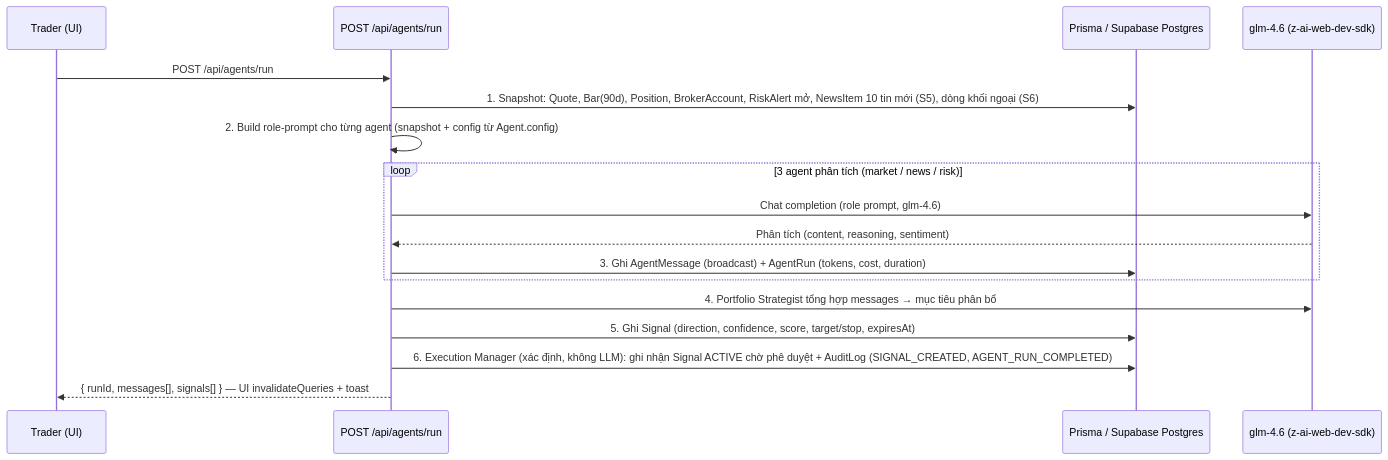
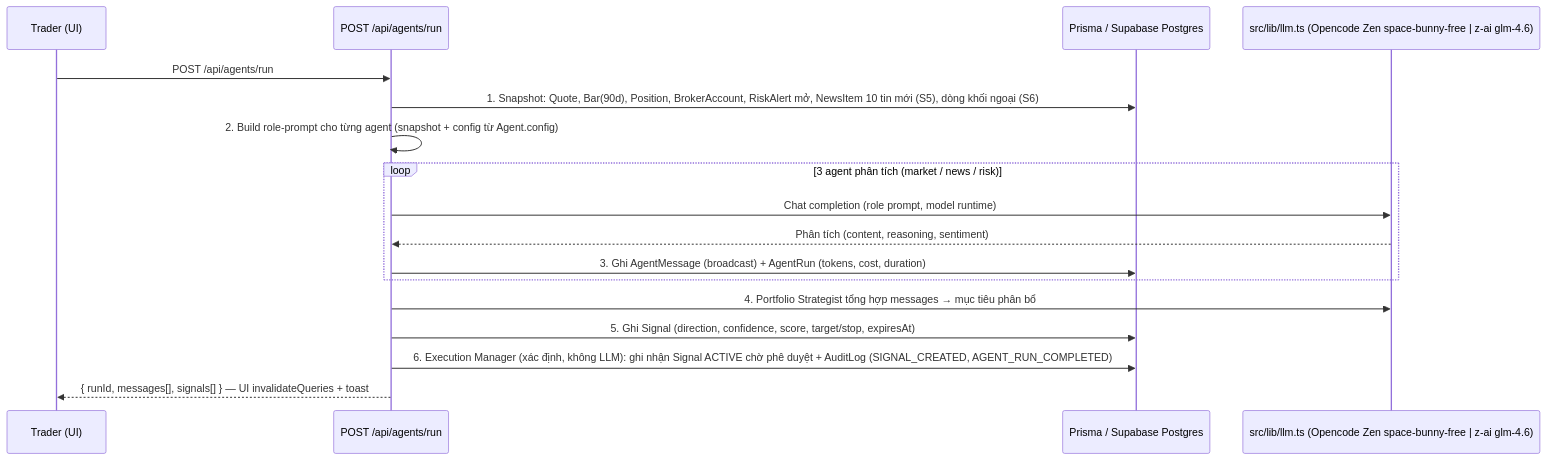
The second of 2 diagrams in docs/TECHNICAL_BLUEPRINT.md (nguyenquocviety2c-code/THE-TRADER), drawn with Mermaid before and after one commit. The commit also changed other lines of this file and 17 other files, not shown here.

Commit message:
feat(llm): provider abstraction — Opencode Zen space-bunny-free (chạy được ngoài sandbox) + GLM-4.6 sandbox qua env; 3 route agent dùng 1 cổng; UI model động + khối llm API; docs/README/.env.example — E2E verified

````diff
--- a/docs/TECHNICAL_BLUEPRINT.md
+++ b/docs/TECHNICAL_BLUEPRINT.md
@@ -186,20 +186,20 @@
 ```mermaid
 sequenceDiagram
     participant U as Trader (UI)
     participant API as POST /api/agents/run
     participant DB as Prisma / Supabase Postgres
-    participant LLM as glm-4.6 (z-ai-web-dev-sdk)
+    participant LLM as src/lib/llm.ts (Opencode Zen space-bunny-free | z-ai glm-4.6)
 
     U->>API: POST /api/agents/run
     API->>DB: 1. Snapshot: Quote, Bar(90d), Position, BrokerAccount, RiskAlert mở, NewsItem 10 tin mới (S5), dòng khối ngoại (S6)
     API->>API: 2. Build role-prompt cho từng agent (snapshot + config từ Agent.config)
     loop 3 agent phân tích (market / news / risk)
-        API->>LLM: Chat completion (role prompt, glm-4.6)
+        API->>LLM: Chat completion (role prompt, model runtime)
         LLM-->>API: Phân tích (content, reasoning, sentiment)
         API->>DB: 3. Ghi AgentMessage (broadcast) + AgentRun (tokens, cost, duration)
     end
     API->>LLM: 4. Portfolio Strategist tổng hợp messages → mục tiêu phân bổ
     API->>DB: 5. Ghi Signal (direction, confidence, score, target/stop, expiresAt)
     API->>DB: 6. Execution Manager (xác định, không LLM): ghi nhận Signal ACTIVE chờ phê duyệt + AuditLog (SIGNAL_CREATED, AGENT_RUN_COMPLETED)
     API-->>U: { runId, messages[], signals[] } — UI invalidateQueries + toast
 ```
````
